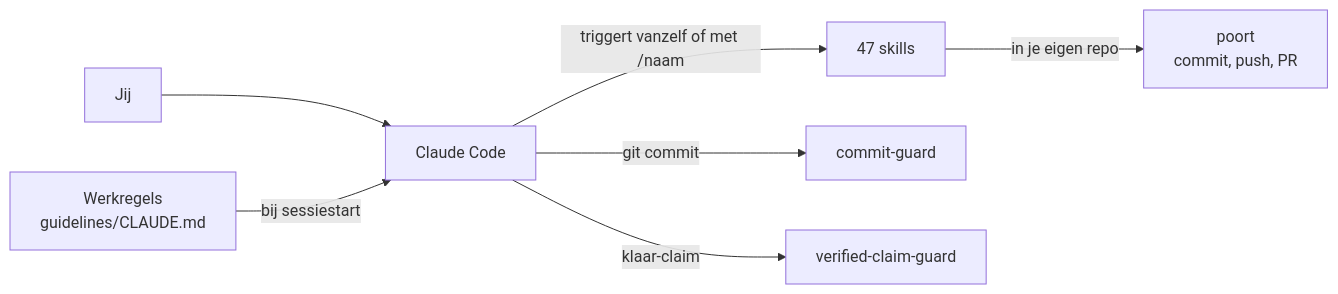
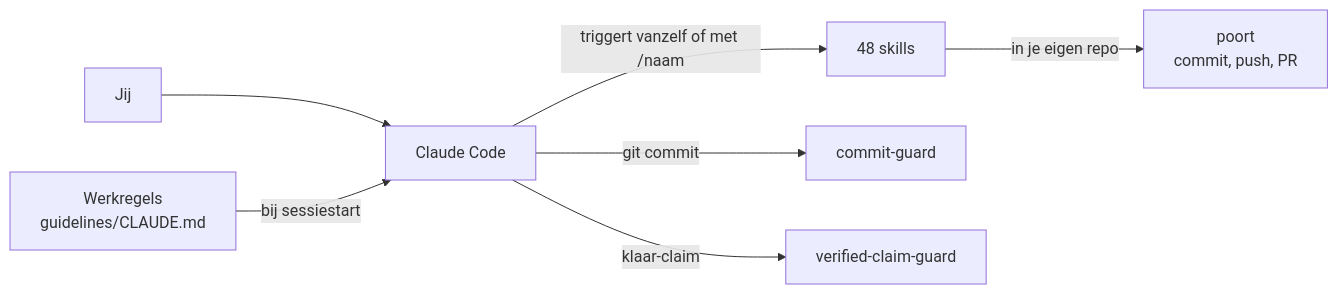
Before and after one commit to robinbril/claude-code-harness: the first of 3 diagrams in README.md, drawn with Mermaid. The commit also changed other lines of this file and 4 other files, not shown here.

````diff
--- a/README.md
+++ b/README.md
@@ -13,9 +13,9 @@
 ```mermaid
 flowchart LR
   U["Jij"] --> CC["Claude Code"]
   G["Werkregels<br/>guidelines/CLAUDE.md"] -->|"bij sessiestart"| CC
-  CC -->|"triggert vanzelf of met /naam"| S["47 skills"]
+  CC -->|"triggert vanzelf of met /naam"| S["48 skills"]
   CC -->|"git commit"| CG["commit-guard"]
   CC -->|"klaar-claim"| VG["verified-claim-guard"]
   S -->|"in je eigen repo"| P["poort<br/>commit, push, PR"]
 ```
````
